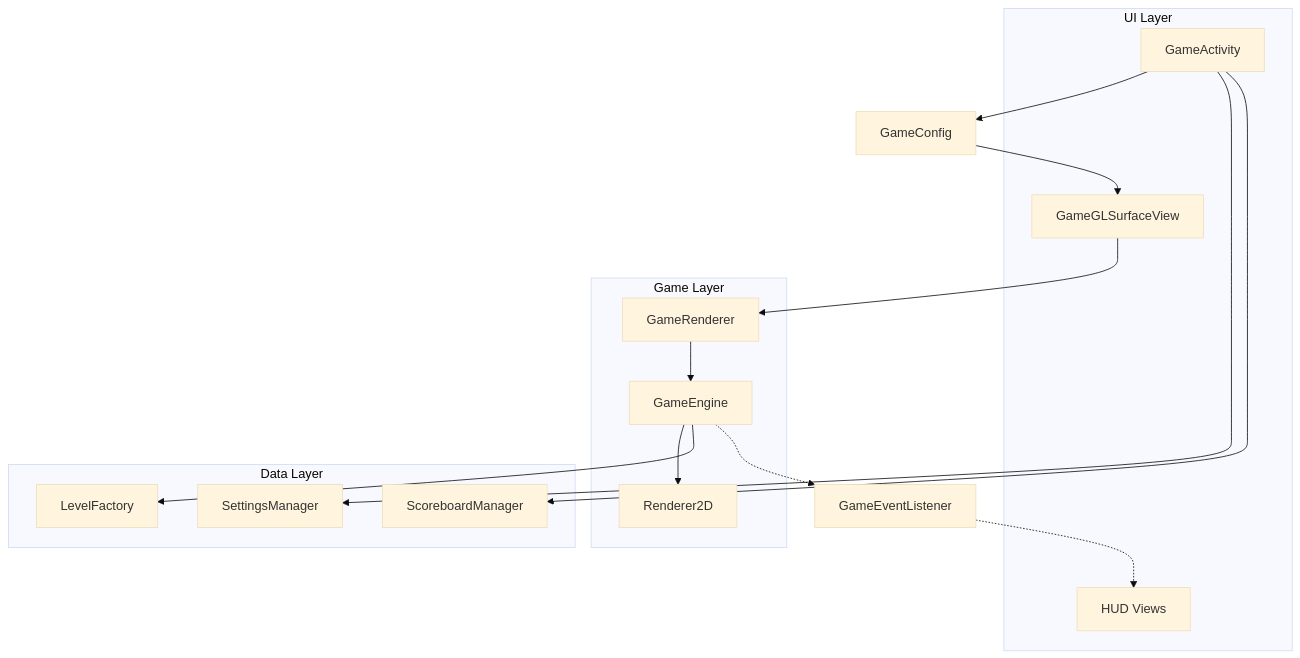
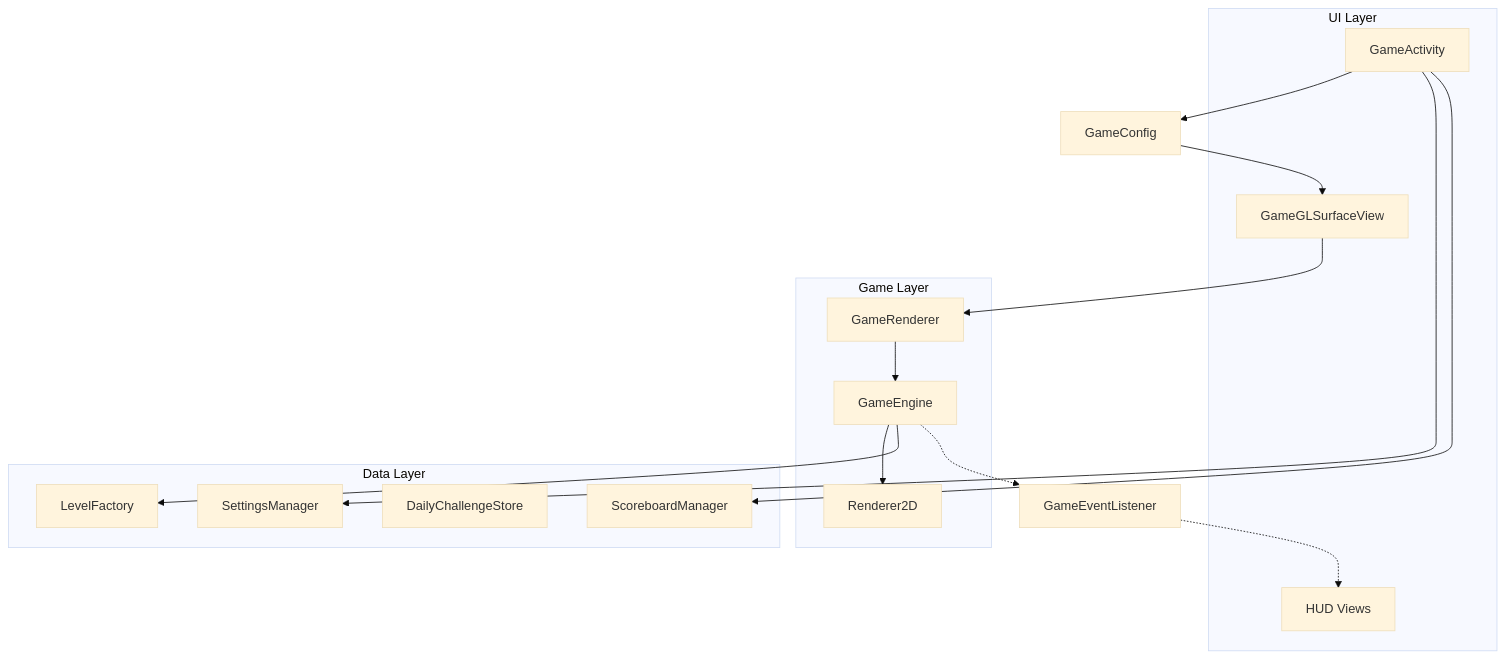
One commit to lukifer23/Breakout- changed the diagram in ARCHITECTURE.md. Above: the diagram before and after it, drawn with Mermaid (base theme). The commit also changed other lines of this file and 10 other files, not shown here.

````diff
--- a/ARCHITECTURE.md
+++ b/ARCHITECTURE.md
@@ -24,30 +25,31 @@
 ```mermaid
 flowchart TD
     subgraph UI [UI Layer]
         GameActivity[GameActivity]
         GLSurfaceView[GameGLSurfaceView]
         HUD[HUD Views]
     end
 
     subgraph Game [Game Layer]
         GameRenderer[GameRenderer]
         GameEngine[GameEngine]
         Renderer2D[Renderer2D]
     end
 
     subgraph Data [Data Layer]
         SettingsManager[SettingsManager]
         ScoreboardManager[ScoreboardManager]
+        DailyChallengeStore[DailyChallengeStore]
         LevelFactory[LevelFactory]
     end
 
     GameActivity --> GameConfig[GameConfig]
     GameConfig --> GLSurfaceView
     GLSurfaceView --> GameRenderer
     GameRenderer --> GameEngine
     GameEngine --> Renderer2D
     GameEngine --> LevelFactory
     GameActivity --> SettingsManager
     GameActivity --> ScoreboardManager
     GameEngine -.-> GameEventListener[GameEventListener] -.-> HUD
 ```
````
